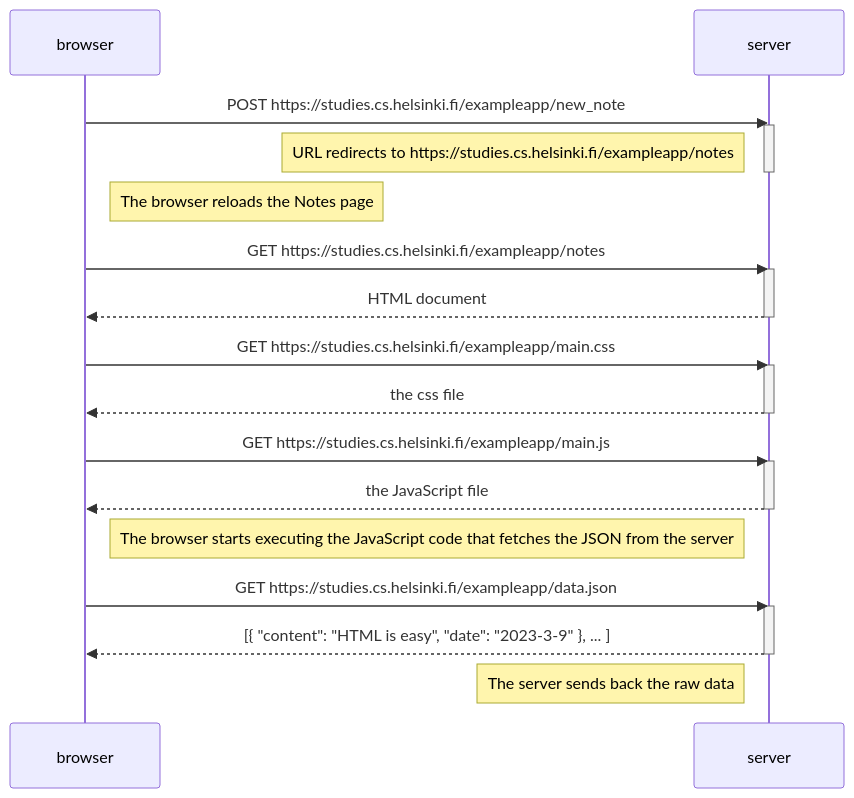
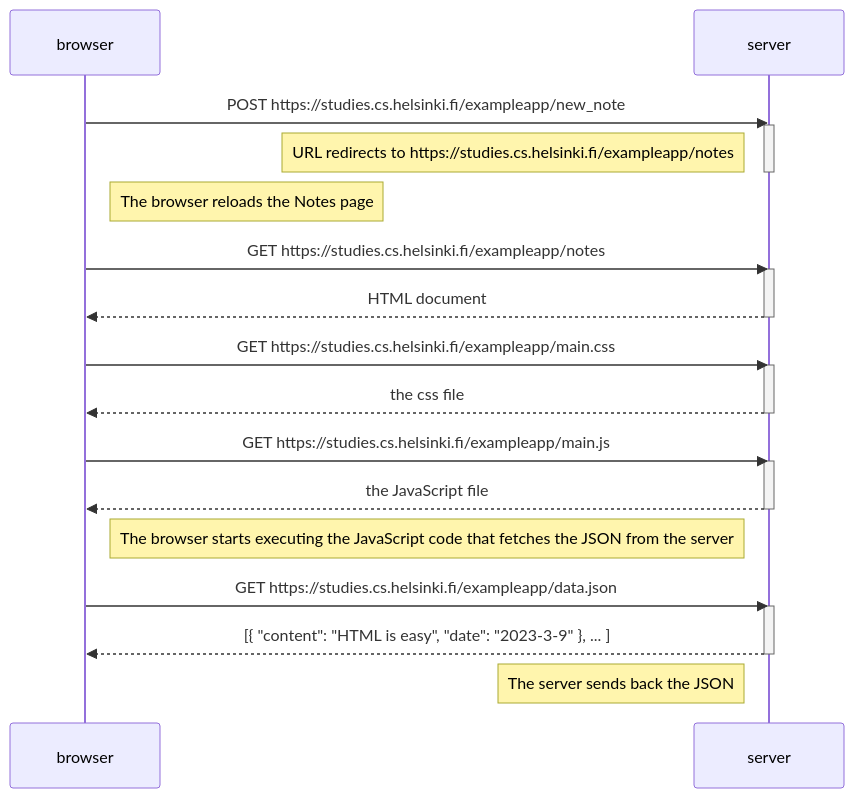
The diagram in part0/0.4-new-note-exercise.md (babaj301/full-stack-open-2024), drawn with Mermaid before and after one commit. The commit also changed 1 other file, not shown here.

Commit message:
Commit for the 0.5 exercise

````diff
--- a/part0/0.4-new-note-exercise.md
+++ b/part0/0.4-new-note-exercise.md
@@ -1,37 +1,37 @@
 ```mermaid
 
 sequenceDiagram
     participant browser
     participant server
 
     browser->>server: POST https://studies.cs.helsinki.fi/exampleapp/new_note
     activate server
     Note left of server: URL redirects to https://studies.cs.helsinki.fi/exampleapp/notes
     deactivate server
 
     Note right of browser: The browser reloads the Notes page
 
     browser->>server: GET https://studies.cs.helsinki.fi/exampleapp/notes
     activate server
     server-->>browser: HTML document
     deactivate server
 
     browser->>server: GET https://studies.cs.helsinki.fi/exampleapp/main.css
     activate server
     server-->>browser: the css file
     deactivate server
 
     browser->>server: GET https://studies.cs.helsinki.fi/exampleapp/main.js
     activate server
     server-->>browser: the JavaScript file
     deactivate server
 
     Note right of browser: The browser starts executing the JavaScript code that fetches the JSON from the server
 
     browser->>server: GET https://studies.cs.helsinki.fi/exampleapp/data.json
     activate server
     server-->>browser: [{ "content": "HTML is easy", "date": "2023-3-9" }, ... ]
     deactivate server
 
-    Note left of server: The server sends back the raw data
+    Note left of server: The server sends back the JSON
 ```
````
